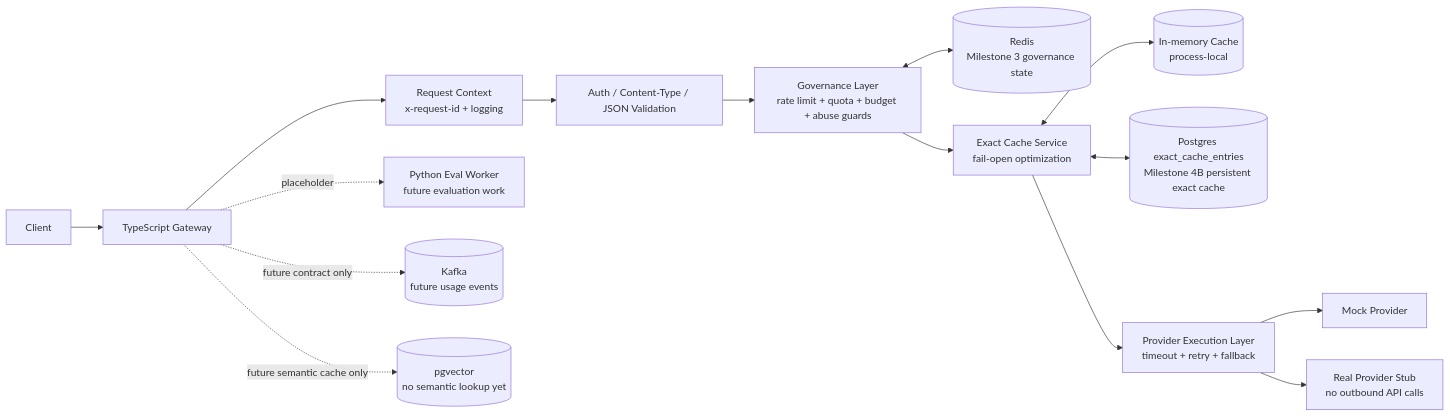
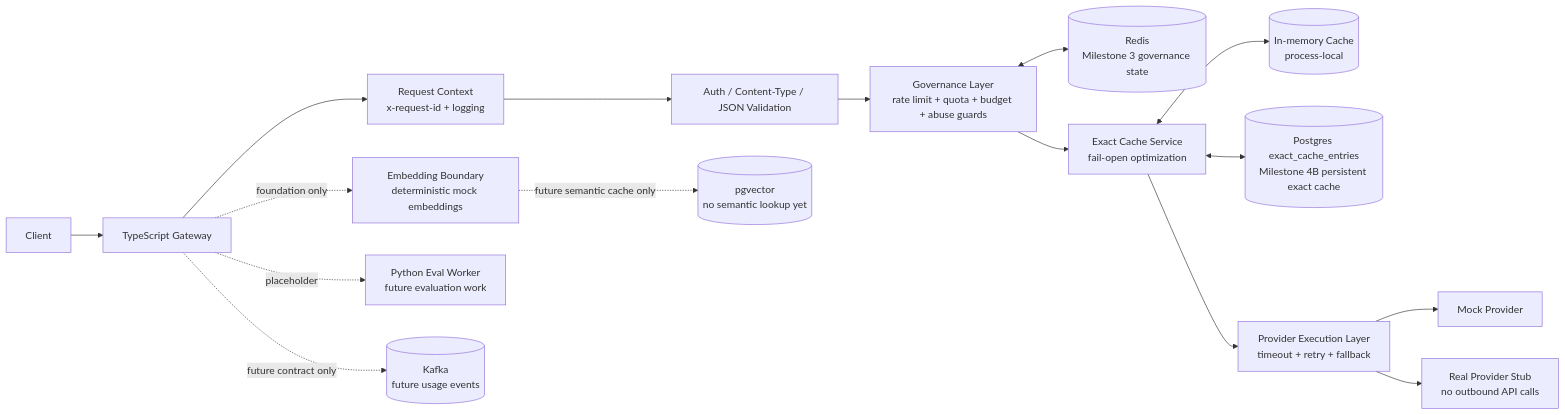
Before and after one commit to AmanCode9/inference-gateway-platform: the diagram in README.md, drawn with Mermaid. The commit also changed other lines of this file and 14 other files, not shown here.

Commit message:
feat(gateway): add embedding boundary foundation

````diff
--- a/README.md
+++ b/README.md
@@ -60,17 +68,18 @@
 ```mermaid
 flowchart LR
   Client[Client] --> Gateway[TypeScript Gateway]
   Gateway --> RequestContext[Request Context<br/>x-request-id + logging]
   RequestContext --> AuthValidation[Auth / Content-Type / JSON Validation]
   AuthValidation --> Governance[Governance Layer<br/>rate limit + quota + budget + abuse guards]
   Governance <--> Redis[(Redis<br/>Milestone 3 governance state)]
   Governance --> ExactCache[Exact Cache Service<br/>fail-open optimization]
   ExactCache <--> MemoryCache[(In-memory Cache<br/>process-local)]
   ExactCache <--> PostgresCache[(Postgres exact_cache_entries<br/>Milestone 4B persistent exact cache)]
   ExactCache --> ProviderExecution[Provider Execution Layer<br/>timeout + retry + fallback]
   ProviderExecution --> MockProvider[Mock Provider]
   ProviderExecution --> RealStub[Real Provider Stub<br/>no outbound API calls]
+  Gateway -. foundation only .-> EmbeddingBoundary[Embedding Boundary<br/>deterministic mock embeddings]
   Gateway -. placeholder .-> EvalWorker[Python Eval Worker<br/>future evaluation work]
   Gateway -. future contract only .-> Kafka[(Kafka<br/>future usage events)]
-  Gateway -. future semantic cache only .-> Pgvector[(pgvector<br/>no semantic lookup yet)]
+  EmbeddingBoundary -. future semantic cache only .-> Pgvector[(pgvector<br/>no semantic lookup yet)]
 ```
````
